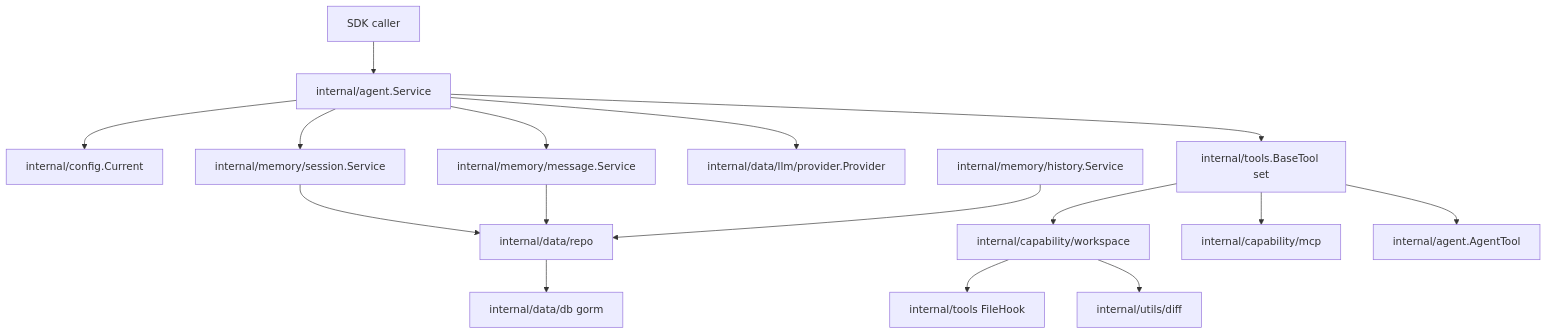
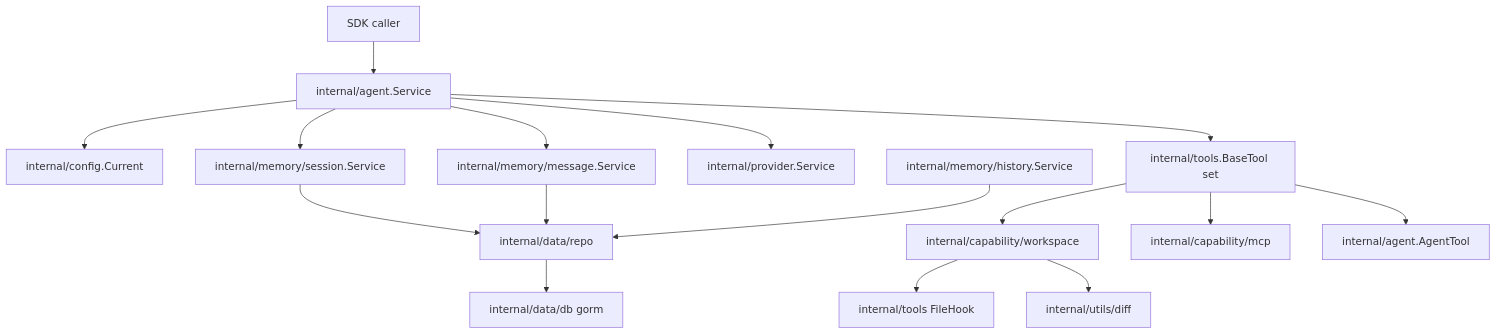
Before and after one commit to fengxiaozi-liu/AgentSdk: the diagram in docs/architecture.md, drawn with Mermaid. The commit also changed other lines of this file and 13 other files, not shown here.

````diff
--- a/docs/architecture.md
+++ b/docs/architecture.md
@@ -36,18 +36,18 @@
 ```mermaid
 graph TD
     Caller[SDK caller] --> Agent[internal/agent.Service]
     Agent --> Config[internal/config.Current]
     Agent --> Sessions[internal/memory/session.Service]
     Agent --> Messages[internal/memory/message.Service]
-    Agent --> Provider[internal/data/llm/provider.Provider]
+    Agent --> Provider[internal/provider.Service]
     Agent --> Tools[internal/tools.BaseTool set]
     Sessions --> Repos[internal/data/repo]
     Messages --> Repos
     History[internal/memory/history.Service] --> Repos
     Repos --> Data[internal/data/db gorm]
     Tools --> Base[internal/capability/workspace]
     Tools --> MCP[internal/capability/mcp]
     Tools --> Child[internal/agent.AgentTool]
     Base --> Hooks[internal/tools FileHook]
     Base --> Diff[internal/utils/diff]
 ```
````
